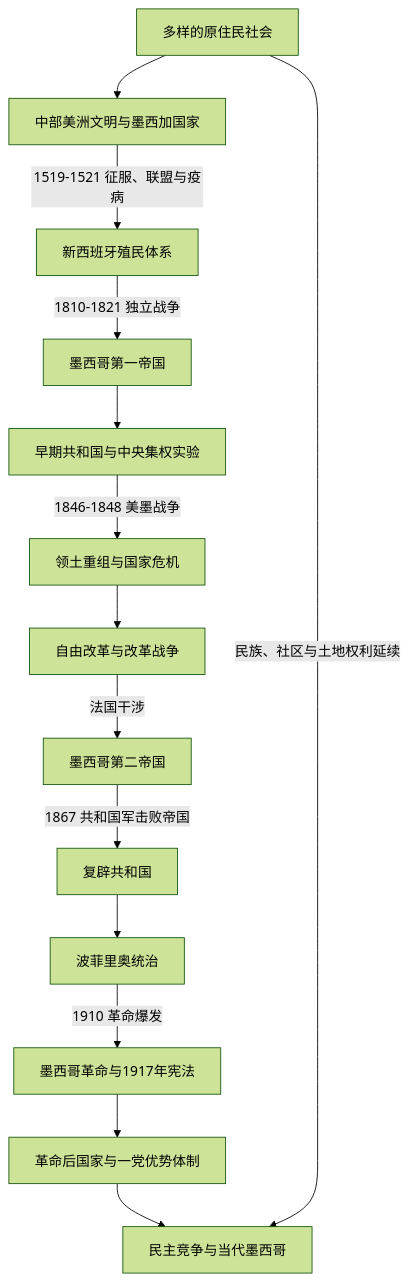
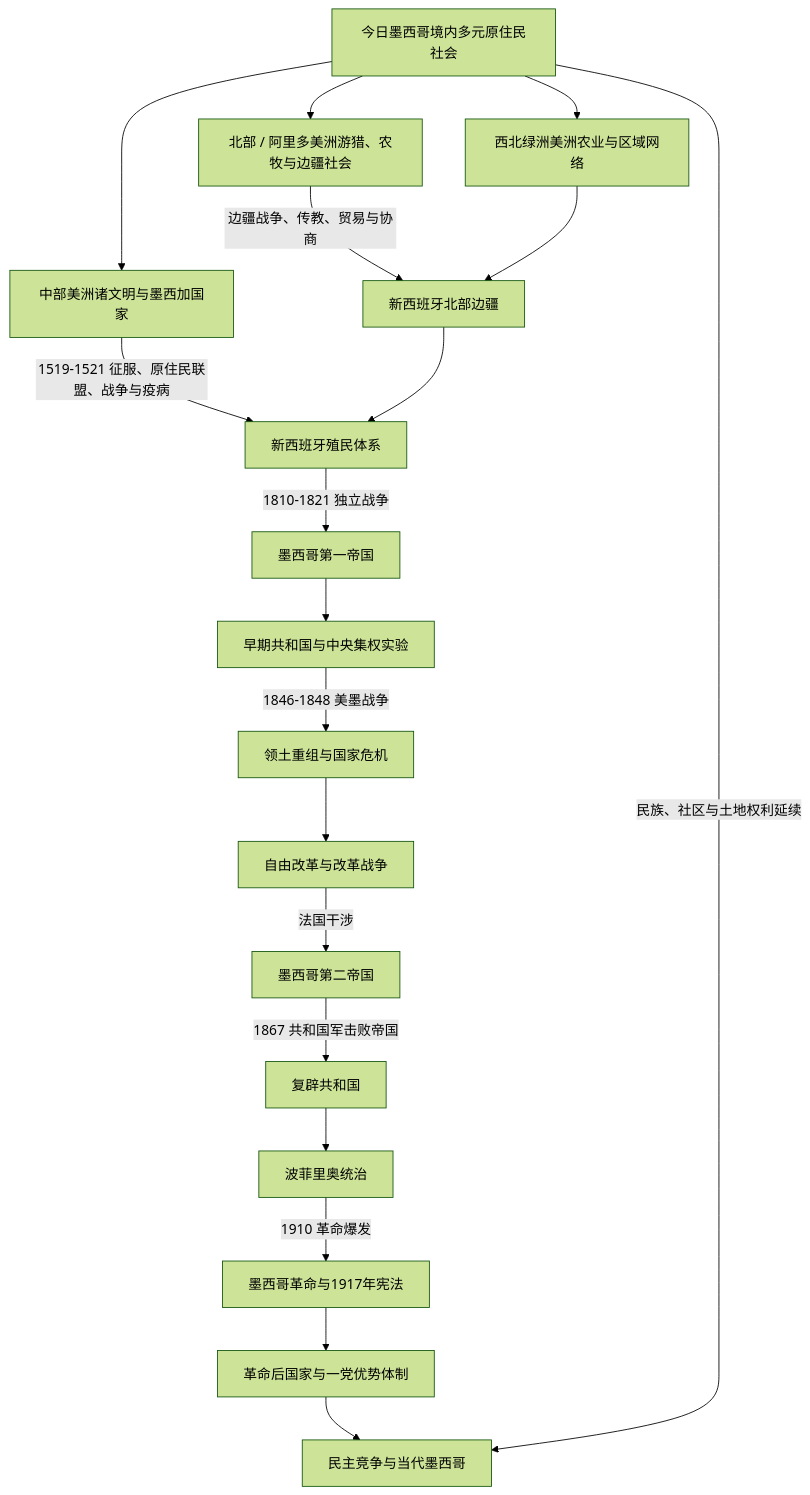
The diagram in 人文科学/历史/美洲/北美/墨西哥/README.md (tianlan-dev/learning-notes), drawn with Mermaid (forest theme) before and after one commit. The commit also changed other lines of this file and 159 other files, not shown here.

````diff
--- a/人文科学/历史/美洲/北美/墨西哥/README.md
+++ b/人文科学/历史/美洲/北美/墨西哥/README.md
@@ -16,16 +16,22 @@
 ```mermaid
 flowchart TD
-    Indigenous["多样的原住民社会"] --> Mesoamerica["中部美洲文明与墨西加国家"]
-    Mesoamerica -->|1519-1521 征服、联盟与疫病| NewSpain["新西班牙殖民体系"]
+    Indigenous["今日墨西哥境内多元原住民社会"]
+    Indigenous --> Mesoamerica["中部美洲诸文明与墨西加国家"]
+    Indigenous --> Aridoamerica["北部 / 阿里多美洲游猎、农牧与边疆社会"]
+    Indigenous --> Oasisamerica["西北绿洲美洲农业与区域网络"]
+    Mesoamerica -->|1519-1521 征服、原住民联盟、战争与疫病| NewSpain["新西班牙殖民体系"]
+    Aridoamerica -->|边疆战争、传教、贸易与协商| NorthernFrontier["新西班牙北部边疆"]
+    Oasisamerica --> NorthernFrontier
+    NorthernFrontier --> NewSpain
     NewSpain -->|1810-1821 独立战争| FirstEmpire["墨西哥第一帝国"]
     FirstEmpire --> EarlyRepublic["早期共和国与中央集权实验"]
     EarlyRepublic -->|1846-1848 美墨战争| TerritorialLoss["领土重组与国家危机"]
     TerritorialLoss --> Reform["自由改革与改革战争"]
     Reform -->|法国干涉| SecondEmpire["墨西哥第二帝国"]
     SecondEmpire -->|1867 共和国军击败帝国| Restored["复辟共和国"]
     Restored --> Porfiriato["波菲里奥统治"]
     Porfiriato -->|1910 革命爆发| Revolution["墨西哥革命与1917年宪法"]
     Revolution --> PostRevolution["革命后国家与一党优势体制"]
     PostRevolution --> Contemporary["民主竞争与当代墨西哥"]
     Indigenous -->|民族、社区与土地权利延续| Contemporary
 ```
````
